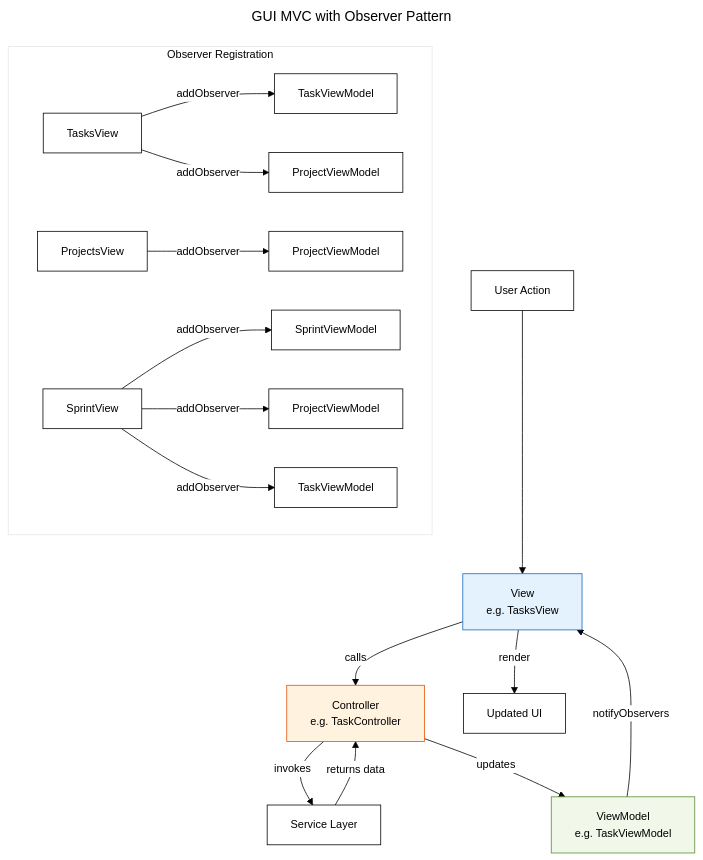
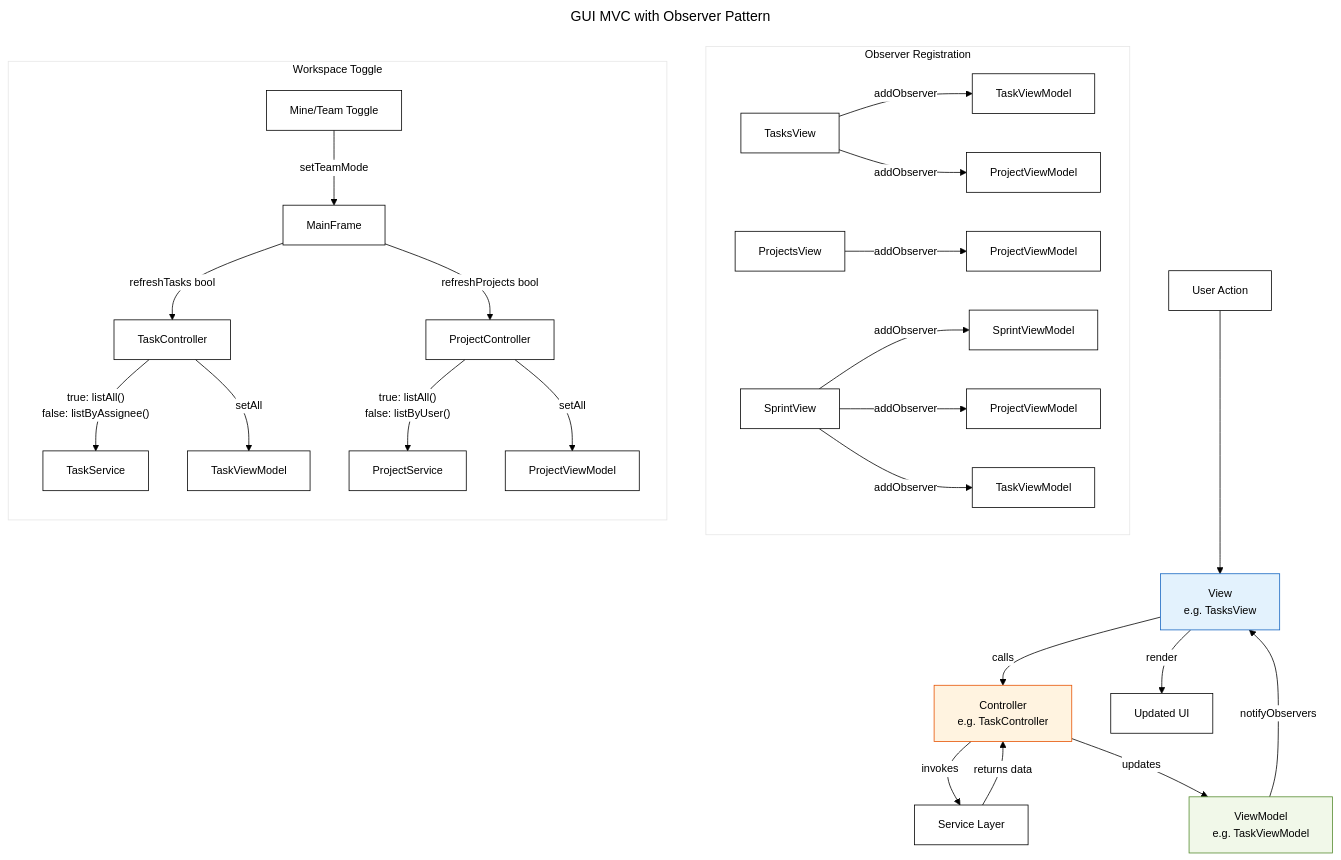
One commit to magana272/TaskTrac changed the fifth of 10 diagrams in docs/DIAGRAM.md. Above: the diagram before and after it, drawn with Mermaid. The commit also changed other lines of this file and 6 other files, not shown here.

First line of the commit message:
Update documentation for MainView-UXUI merge

````diff
--- a/docs/DIAGRAM.md
+++ b/docs/DIAGRAM.md
@@ -233,36 +233,47 @@
 ```mermaid
 ---
 config:
   theme: base
   themeVariables:
     primaryColor: '#ffffff'
     primaryTextColor: '#000000'
     primaryBorderColor: '#000000'
     lineColor: '#000000'
     fontFamily: 'Georgia, Times New Roman, serif'
     fontSize: '14px'
 title: GUI MVC with Observer Pattern
 ---
 flowchart TB
     User[User Action] --> View[View<br>e.g. TasksView]
     View -->|calls| Controller[Controller<br>e.g. TaskController]
     Controller -->|invokes| Service[Service Layer]
     Service -->|returns data| Controller
     Controller -->|updates| ViewModel[ViewModel<br>e.g. TaskViewModel]
     ViewModel -->|notifyObservers| View
     View -->|render| UI[Updated UI]
 
     subgraph Observer Registration
         direction LR
         TasksView_Obs[TasksView] -->|addObserver| TaskVM[TaskViewModel]
         TasksView_Obs -->|addObserver| ProjVM1[ProjectViewModel]
         ProjectsView_Obs[ProjectsView] -->|addObserver| ProjVM2[ProjectViewModel]
         SprintView_Obs[SprintView] -->|addObserver| SprintVM[SprintViewModel]
         SprintView_Obs -->|addObserver| ProjVM3[ProjectViewModel]
         SprintView_Obs -->|addObserver| TaskVM2[TaskViewModel]
     end
 
+    subgraph Workspace Toggle
+        direction TB
+        Toggle[Mine/Team Toggle] -->|setTeamMode| MF[MainFrame]
+        MF -->|refreshTasks bool| TC2[TaskController]
+        MF -->|refreshProjects bool| PC2[ProjectController]
+        TC2 -->|"true: listAll()\nfalse: listByAssignee()"| TaskSvc[TaskService]
+        PC2 -->|"true: listAll()\nfalse: listByUser()"| ProjSvc[ProjectService]
+        TC2 -->|setAll| TaskVM3[TaskViewModel]
+        PC2 -->|setAll| ProjVM4[ProjectViewModel]
+    end
+
     style View fill:#e3f2fd,stroke:#1565c0
     style Controller fill:#fff3e0,stroke:#e65100
     style ViewModel fill:#f1f8e9,stroke:#558b2f
 ```
````
